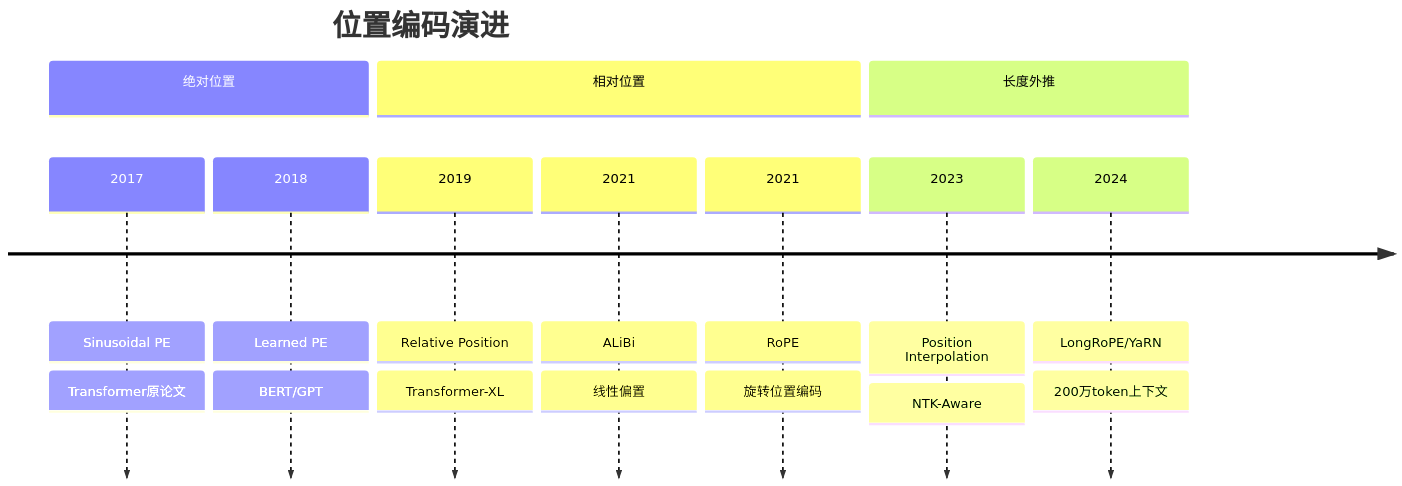
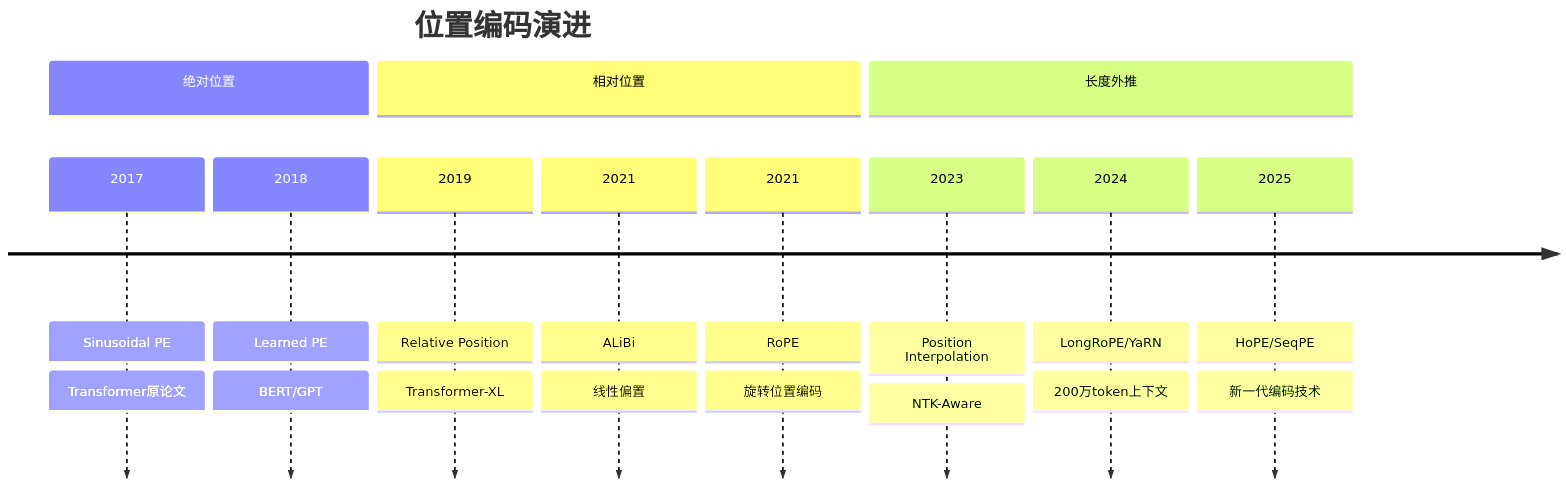
One commit to Xunzhuo/mini-sglang changed the third of 15 diagrams in learning/website/docs/basics/04-positional-encoding.md. Above: the diagram before and after it, drawn with Mermaid. The commit also changed other lines of this file and 7 other files, not shown here.

````diff
--- a/learning/website/docs/basics/04-positional-encoding.md
+++ b/learning/website/docs/basics/04-positional-encoding.md
@@ -49,21 +49,23 @@
 ```mermaid
 timeline
     title 位置编码演进
     section 绝对位置
         2017 : Sinusoidal PE
              : Transformer原论文
         2018 : Learned PE
              : BERT/GPT
     section 相对位置
         2019 : Relative Position
              : Transformer-XL
         2021 : ALiBi
              : 线性偏置
         2021 : RoPE
              : 旋转位置编码
     section 长度外推
         2023 : Position Interpolation
              : NTK-Aware
         2024 : LongRoPE/YaRN
              : 200万token上下文
+        2025 : HoPE/SeqPE
+             : 新一代编码技术
 ```
````
